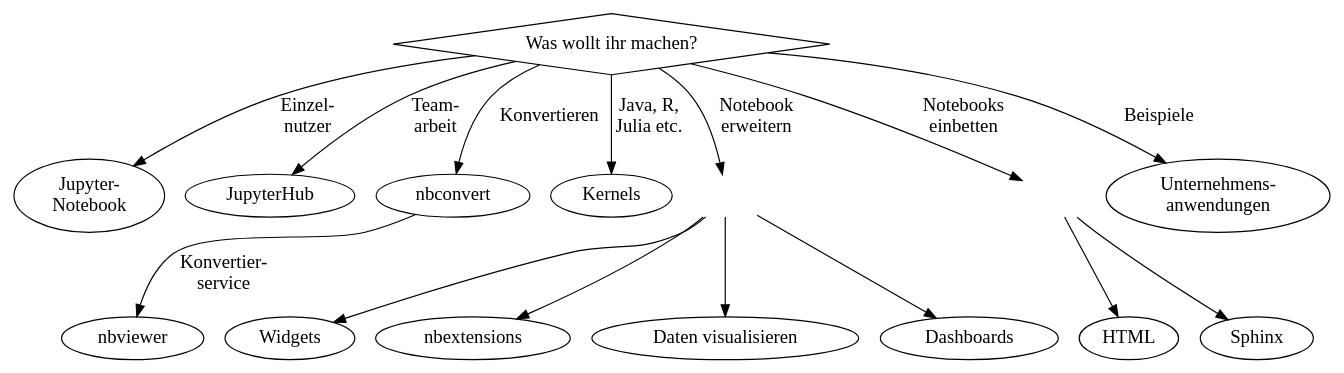
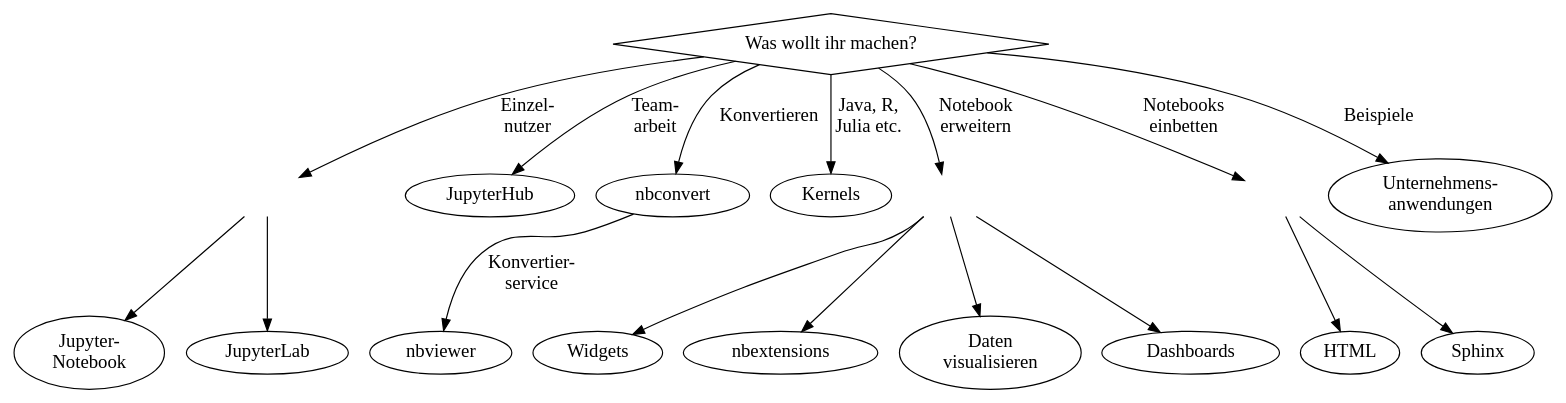
The diagram in docs/index.rst (veit/jupyter-tutorial-de), drawn with Graphviz before and after one commit. The commit also changed other lines of this file and 8 other files, not shown here.

Commit message:
:memo: Add JupyterLab documentation

```diff
--- a/docs/index.rst
+++ b/docs/index.rst
@@ -23,11 +23,10 @@
             label="Was wollt ihr machen?",
             tooltip="Jupyter bietet euch verschiedene Möglichkeiten, wie ihr die Notebooks nutzen könnt"]
         // Second Level
-        jupyter [
-            label="Jupyter-\nNotebook",
-            tooltip="Jupyter lokal installieren",
-            target="_top",
-            href="../workspace/jupyter/notebook/index.html"]
+        singleuser [
+            shape=plaintext,
+            label=" ",
+            tooltip="Single user"]
         hub [
             label="JupyterHub",
             tooltip="JupyterHub\ninstallieren",
@@ -62,6 +61,16 @@
             target="_top",
             href="../use-cases.html"]
         // 3rd Level
+        notebook [
+            label="Jupyter-\nNotebook",
+            tooltip="Notebook lokal installieren",
+            target="_top",
+            href="../notebook/index.html"]
+        jupyterlab [
+            label="JupyterLab",
+            tooltip="JupyterLab lokal installieren",
+            target="_top",
+            href="../jupyterlab/index.html"]
         widgets [
             label="Widgets",
             tooltip="ipywidgets installieren und nutzen",
@@ -73,7 +82,7 @@
             target="_top",
             href="../nbextensions/index.html"]
         viz [
-            label="Daten visualisieren",
+            label="Daten\nvisualisieren",
             tooltip="Bibliotheken zur Datenvisualisierung",
             target="_top",
             href="../viz/index.html"]
@@ -93,7 +102,7 @@
             target="_top",
             href="../nbsphinx.html"]
         // Edges
-        what -> jupyter [label="Einzel-\nnutzer"]
+        what -> singleuser [label="Einzel-\nnutzer"]
         what -> hub [label="Team-\narbeit"]
         what -> nbconvert [label="Konvertieren"]
         nbconvert -> nbviewer [label="Konvertier-\nservice"]
@@ -101,11 +110,12 @@
         what -> extensions [label="Notebook\nerweitern"]
         what -> embed [label="Notebooks\neinbetten"]
         what -> examples [label="Beispiele"]
+        singleuser -> {notebook jupyterlab}
         extensions -> {widgets extend viz dash}
         embed -> {html sphinx}
         // Arrangement
         {rank = same; what;}
-        {rank = same; jupyter; hub; nbconvert; kernels; extensions; embed; examples;}
-        {rank = same; widgets; extend; viz; dash;}
+        {rank = same; singleuser; hub; nbconvert; kernels; extensions; embed; examples;}
+        {rank = same; notebook; jupyterlab; widgets; extend; viz; dash;}
         {rank = same; html; sphinx}
     }
```
